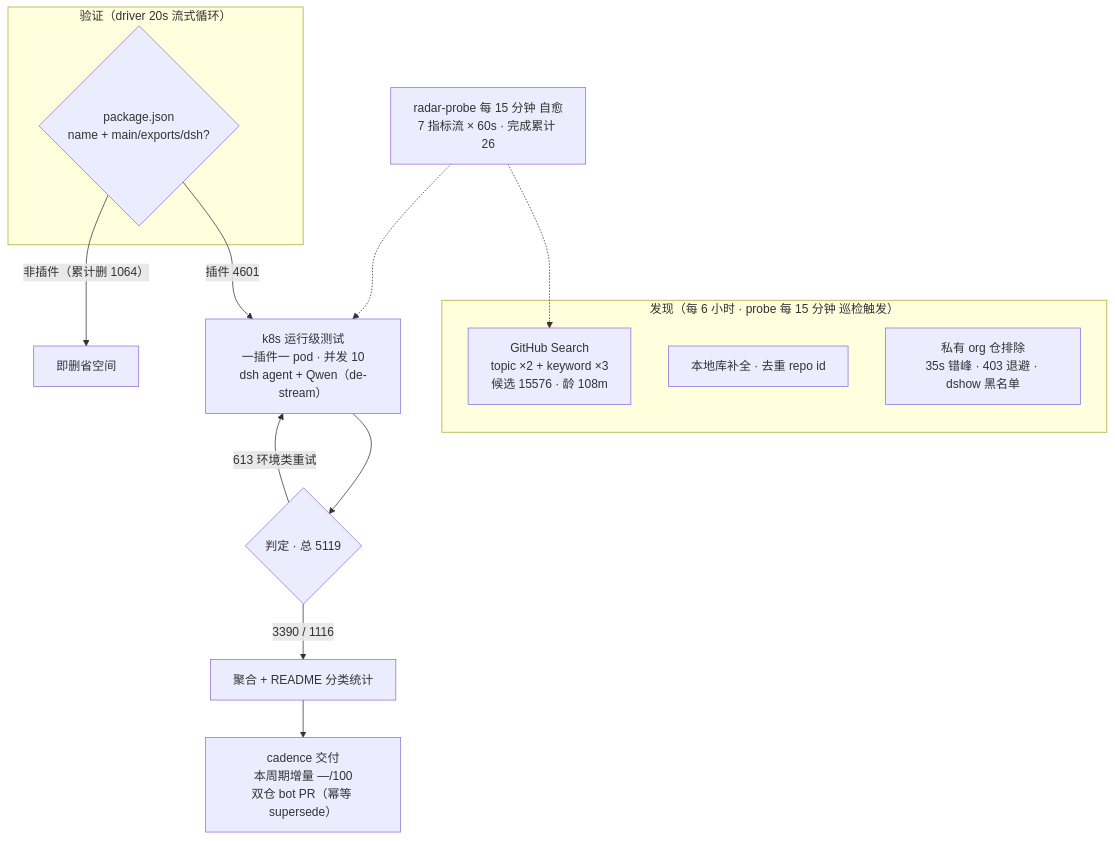
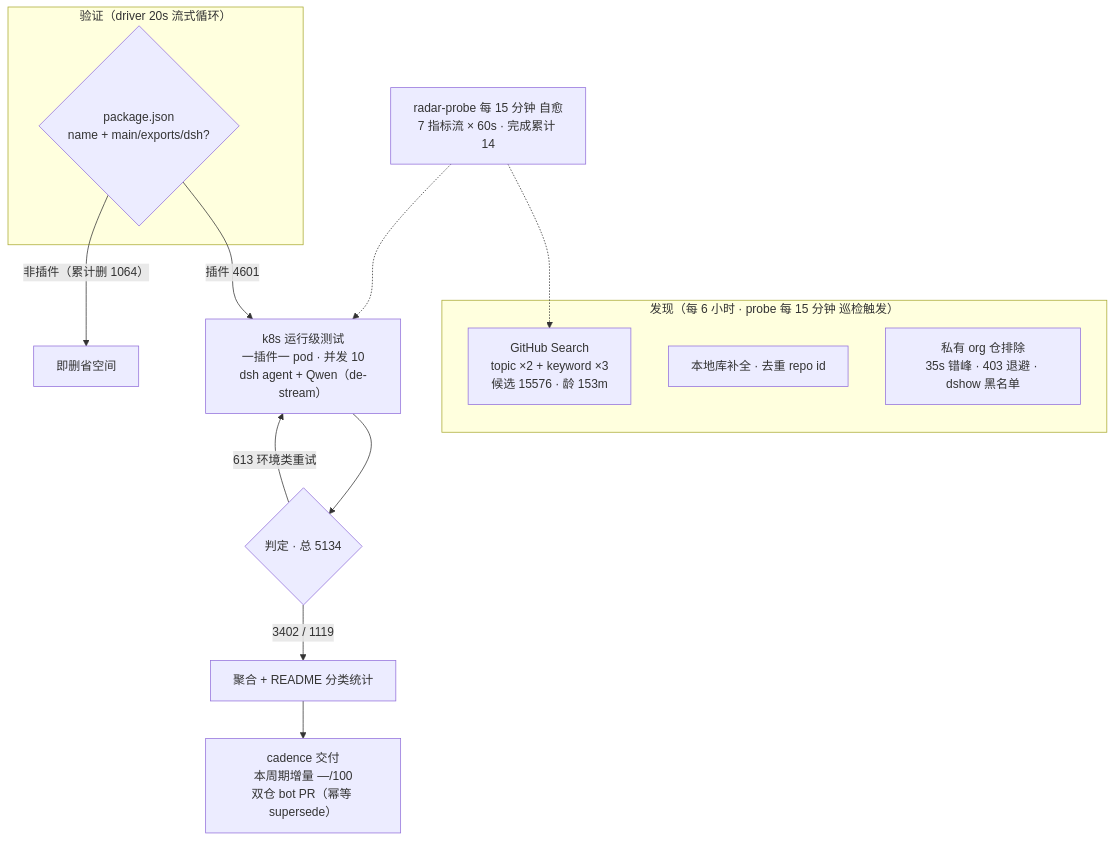
One commit to Zhidao-Lab-OSS/awesome-dsh-plugins changed the diagram in README.md. Above: the diagram before and after it, drawn with Mermaid. The commit also changed other lines of this file and 1 other file, not shown here.

````diff
--- a/README.md
+++ b/README.md
@@ -37,20 +37,20 @@
 ```mermaid
 flowchart TB
     subgraph Discovery["发现（每 6 小时 · probe 每 15 分钟 巡检触发）"]
-        A1["GitHub Search<br/>topic ×2 + keyword ×3<br/>候选 15576 · 龄 108m"]
+        A1["GitHub Search<br/>topic ×2 + keyword ×3<br/>候选 15576 · 龄 153m"]
         A2["本地库补全 · 去重 repo id"]
         A3["私有 org 仓排除<br/>35s 错峰 · 403 退避 · dshow 黑名单"]
     end
     subgraph Validation["验证（driver 20s 流式循环）"]
         B1{"package.json<br/>name + main/exports/dsh?"}
     end
     B1 -->|"插件 4601"| C1["k8s 运行级测试<br/>一插件一 pod · 并发 10<br/>dsh agent + Qwen（de-stream）"]
     B1 -->|"非插件（累计删 1064）"| B3["即删省空间"]
-    C1 --> D1{"判定 · 总 5119"}
-    D1 -->|"3390 / 1116"| E1["聚合 + README 分类统计"]
+    C1 --> D1{"判定 · 总 5134"}
+    D1 -->|"3402 / 1119"| E1["聚合 + README 分类统计"]
     D1 -->|"613 环境类重试"| C1
     E1 --> E2["cadence 交付<br/>本周期增量 —/100<br/>双仓 bot PR（幂等 supersede）"]
-    M["radar-probe 每 15 分钟 自愈<br/>7 指标流 × 60s · 完成累计 26"]
+    M["radar-probe 每 15 分钟 自愈<br/>7 指标流 × 60s · 完成累计 14"]
     M -.-> A1
     M -.-> C1
 ```
````
